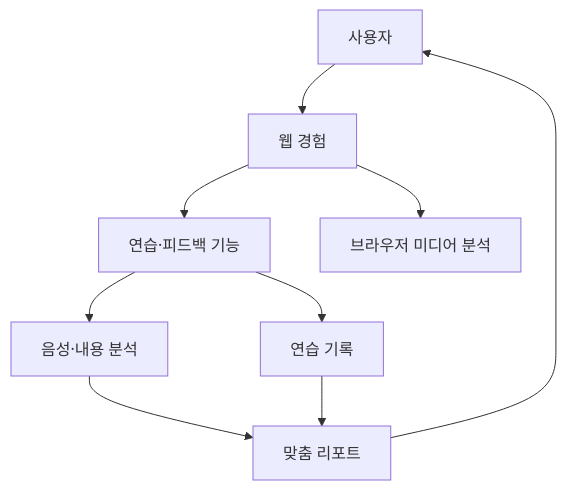
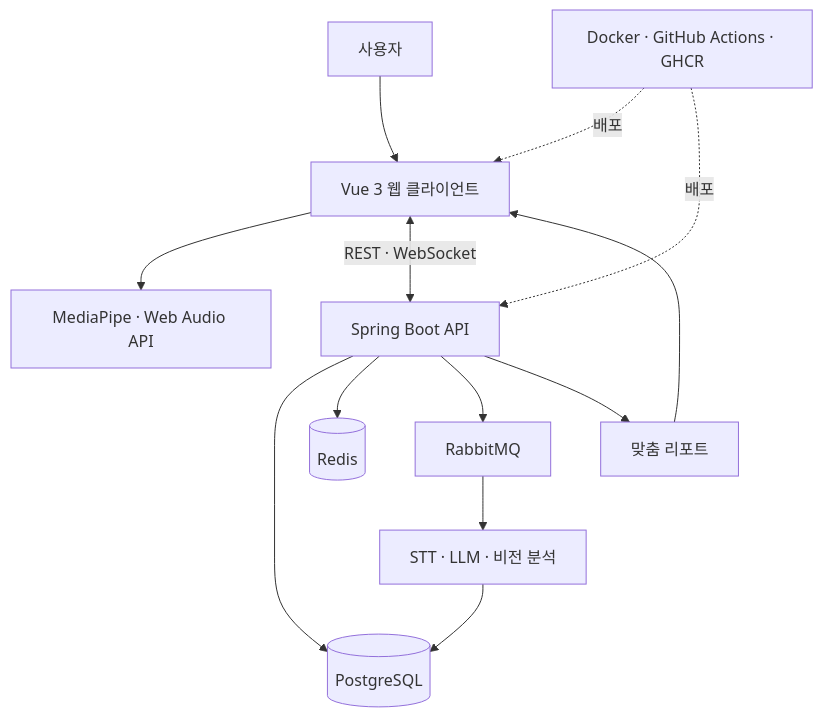
The second of 2 diagrams in README.md (scnelMG/aivo-portfolio), drawn with Mermaid before and after one commit. The commit also changed other lines of this file, not shown here.

Commit message:
docs: polish aivo portfolio overview

````diff
--- a/README.md
+++ b/README.md
@@ -129,11 +129,15 @@
 ```mermaid
 flowchart TB
-    U[사용자] --> W[웹 경험]
-    W --> P[연습·피드백 기능]
-    W --> M[브라우저 미디어 분석]
-    P --> A[음성·내용 분석]
-    P --> R[연습 기록]
-    A --> F[맞춤 리포트]
-    R --> F
-    F --> U
+    U[사용자] --> FE[Vue 3 웹 클라이언트]
+    FE --> MEDIA[MediaPipe · Web Audio API]
+    FE <-->|REST · WebSocket| API[Spring Boot API]
+    API --> DB[(PostgreSQL)]
+    API --> CACHE[(Redis)]
+    API --> MQ[RabbitMQ]
+    MQ --> AI[STT · LLM · 비전 분석]
+    AI --> DB
+    API --> REPORT[맞춤 리포트]
+    REPORT --> FE
+    DOCKER[Docker · GitHub Actions · GHCR] -. 배포 .-> FE
+    DOCKER -. 배포 .-> API
 ```
````
